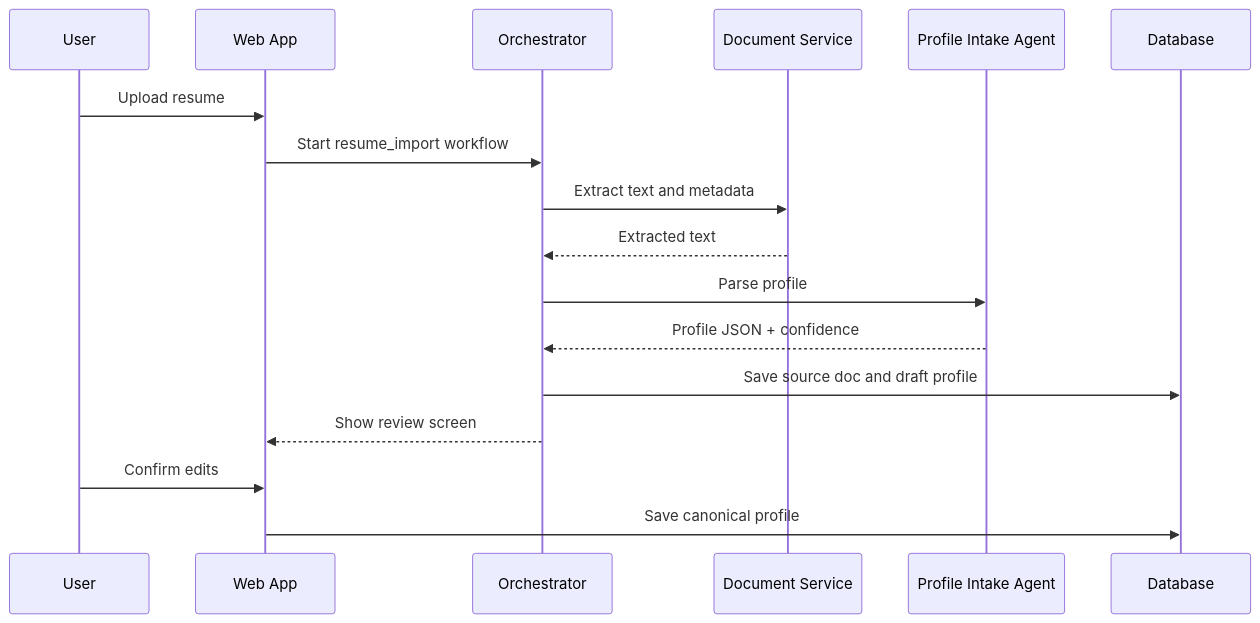
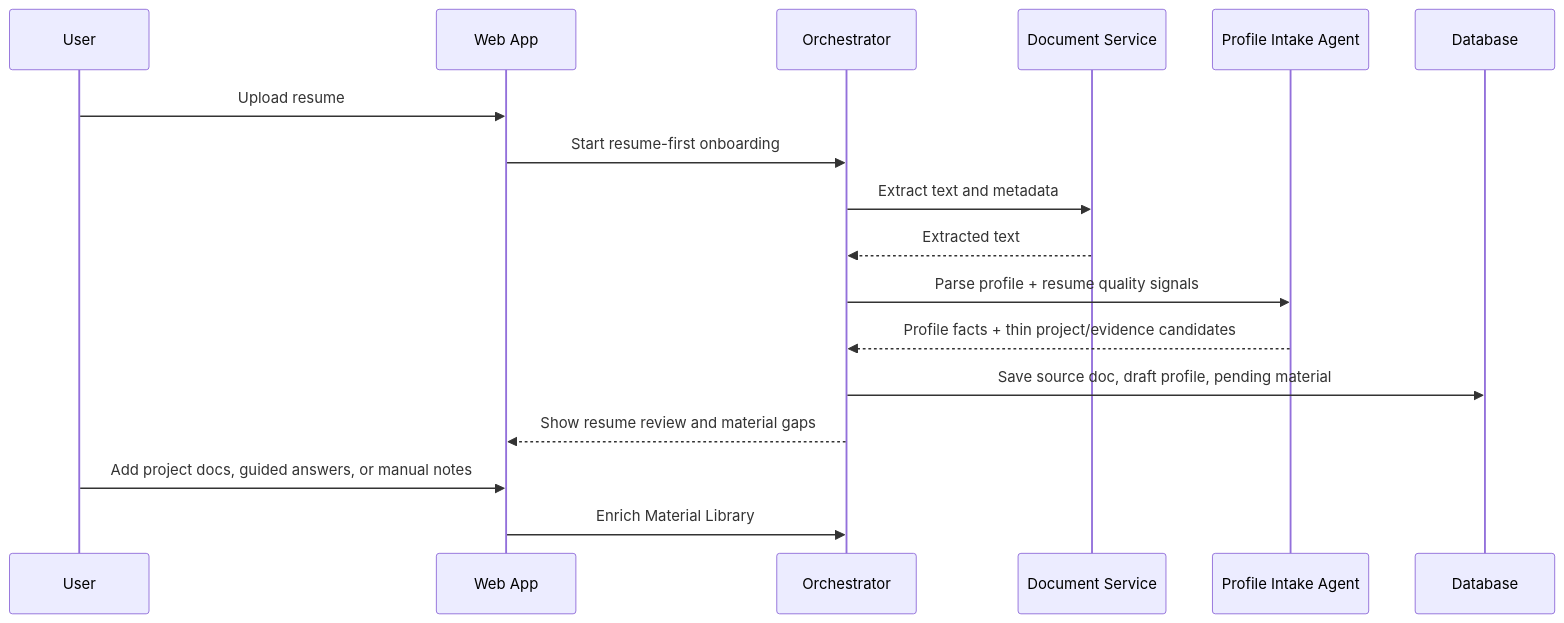
Before and after one commit to jkL970910/JobDesk: the third of 8 diagrams in docs/design-doc.md, drawn with Mermaid. The commit also changed other lines of this file and 12 other files, not shown here.

Commit message:
Align UI shell with material library workflow

````diff
--- a/docs/design-doc.md
+++ b/docs/design-doc.md
@@ -1135,20 +1254,20 @@
 ```mermaid
 sequenceDiagram
   participant U as User
   participant UI as Web App
   participant OR as Orchestrator
   participant DOC as Document Service
   participant A as Profile Intake Agent
   participant DB as Database
 
   U->>UI: Upload resume
-  UI->>OR: Start resume_import workflow
+  UI->>OR: Start resume-first onboarding
   OR->>DOC: Extract text and metadata
   DOC-->>OR: Extracted text
-  OR->>A: Parse profile
-  A-->>OR: Profile JSON + confidence
-  OR->>DB: Save source doc and draft profile
-  OR-->>UI: Show review screen
-  U->>UI: Confirm edits
-  UI->>DB: Save canonical profile
+  OR->>A: Parse profile + resume quality signals
+  A-->>OR: Profile facts + thin project/evidence candidates
+  OR->>DB: Save source doc, draft profile, pending material
+  OR-->>UI: Show resume review and material gaps
+  U->>UI: Add project docs, guided answers, or manual notes
+  UI->>OR: Enrich Material Library
 ```
````
